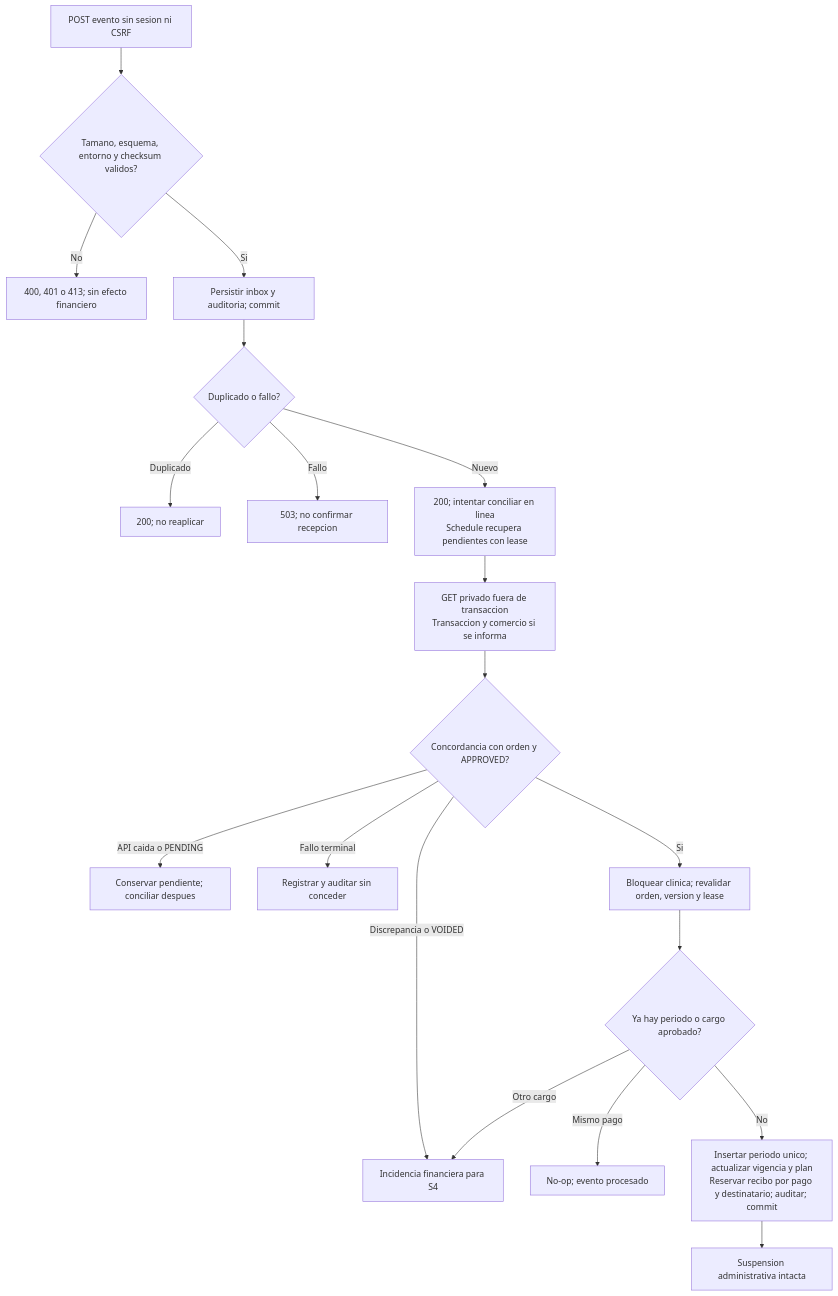
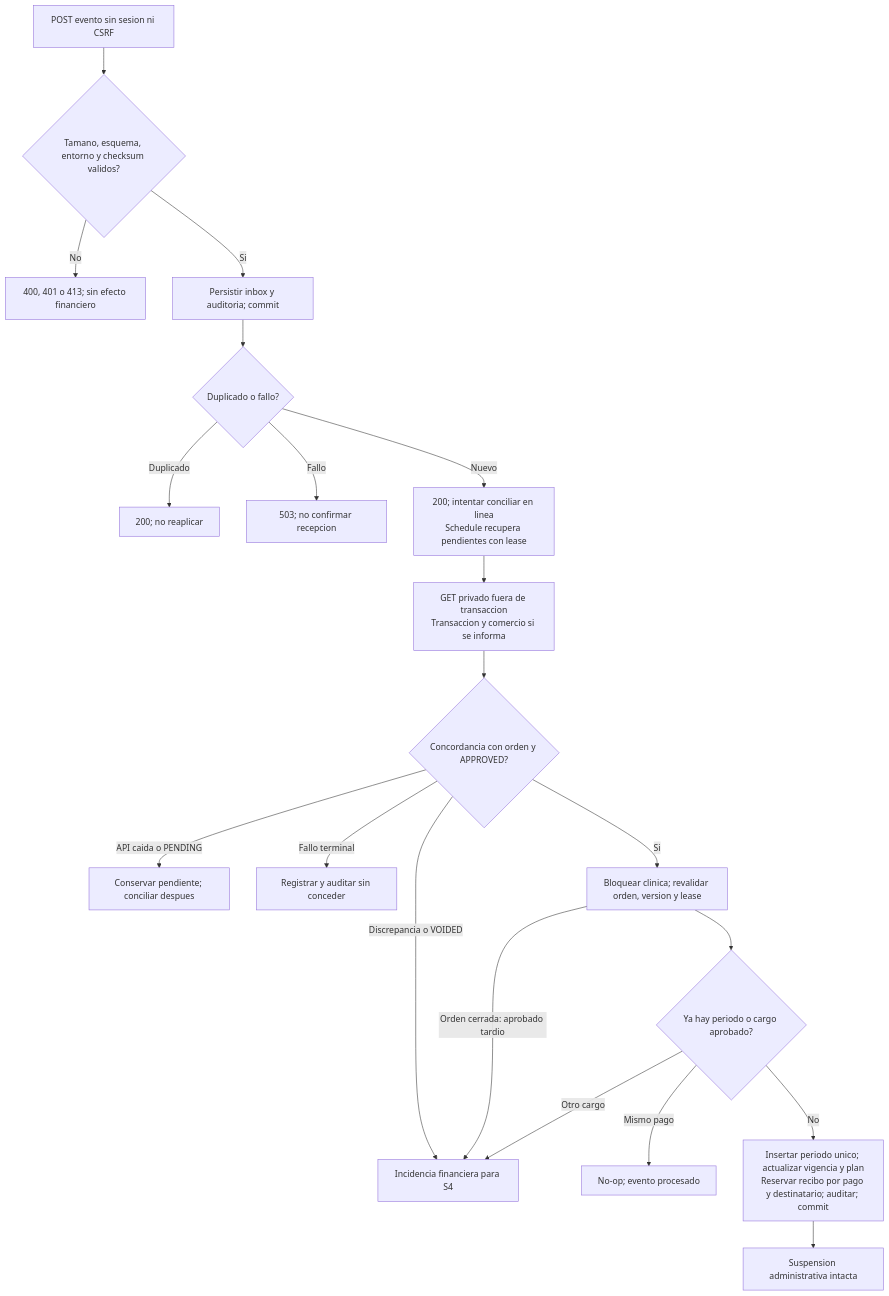
One commit to carvajal7lsch-commits/Zooki changed diagram 34 of 38 in documentacion/Modelos.md. Above: the diagram before and after it, drawn with Mermaid. The commit also changed other lines of this file and 28 other files, not shown here.

````diff
--- a/documentacion/Modelos.md
+++ b/documentacion/Modelos.md
@@ -1430,21 +1453,22 @@
 ```mermaid
 flowchart TD
   A["POST evento sin sesion ni CSRF"] --> B{"Tamano, esquema, entorno y checksum validos?"}
   B -- No --> N["400, 401 o 413; sin efecto financiero"]
   B -- Si --> C["Persistir inbox y auditoria; commit"]
   C --> D{"Duplicado o fallo?"}
   D -- Duplicado --> OK["200; no reaplicar"]
   D -- Fallo --> ERR["503; no confirmar recepcion"]
   D -- Nuevo --> ACK["200; intentar conciliar en linea\nSchedule recupera pendientes con lease"]
   ACK --> API["GET privado fuera de transaccion\nTransaccion y comercio si se informa"]
   API --> V{"Concordancia con orden y APPROVED?"}
   V -- "API caida o PENDING" --> RET["Conservar pendiente; conciliar despues"]
   V -- "Fallo terminal" --> EST["Registrar y auditar sin conceder"]
   V -- "Discrepancia o VOIDED" --> REV["Incidencia financiera para S4"]
   V -- Si --> LOCK["Bloquear clinica; revalidar orden, version y lease"]
   LOCK --> P{"Ya hay periodo o cargo aprobado?"}
+  LOCK -- "Orden cerrada: aprobado tardio" --> REV
   P -- "Mismo pago" --> DUP["No-op; evento procesado"]
   P -- "Otro cargo" --> REV
   P -- No --> TX["Insertar periodo unico; actualizar vigencia y plan\nReservar recibo por pago y destinatario; auditar; commit"]
   TX --> FIN["Suspension administrativa intacta"]
 ```
````
